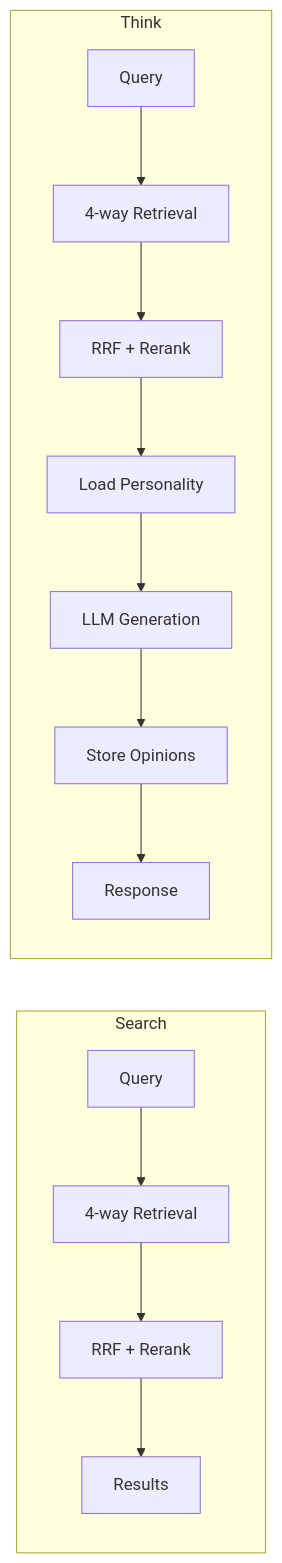
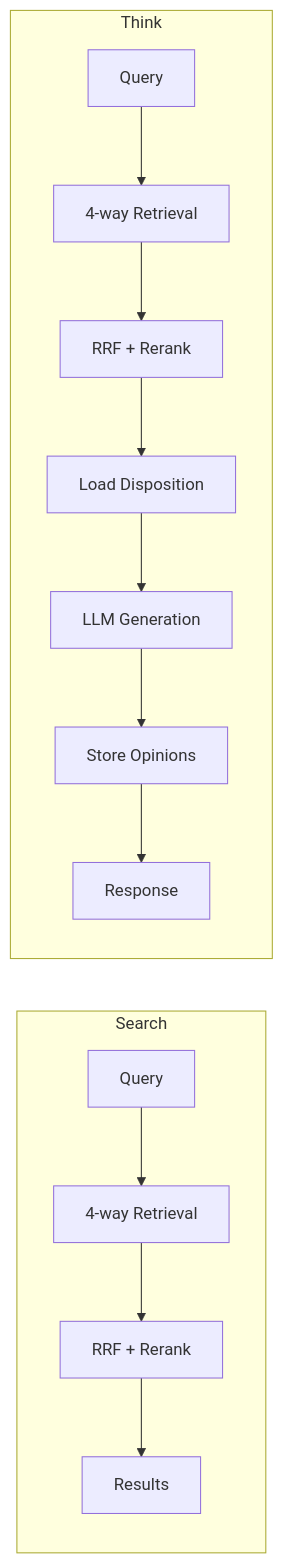
One commit to karljsamuel/hindsight changed the first of 2 diagrams in hindsight-docs/docs/developer/api/think-vs-search.md. Above: the diagram before and after it, drawn with Mermaid. The commit also changed other lines of this file and 92 other files, not shown here.

````diff
--- a/hindsight-docs/docs/developer/api/think-vs-search.md
+++ b/hindsight-docs/docs/developer/api/think-vs-search.md
@@ -87,17 +87,17 @@
 ```mermaid
 graph LR
     subgraph Search
         S1[Query] --> S2[4-way Retrieval]
         S2 --> S3[RRF + Rerank]
         S3 --> S4[Results]
     end
 
     subgraph Think
         T1[Query] --> T2[4-way Retrieval]
         T2 --> T3[RRF + Rerank]
-        T3 --> T4[Load Personality]
+        T3 --> T4[Load Disposition]
         T4 --> T5[LLM Generation]
         T5 --> T6[Store Opinions]
         T6 --> T7[Response]
     end
 ```
````
